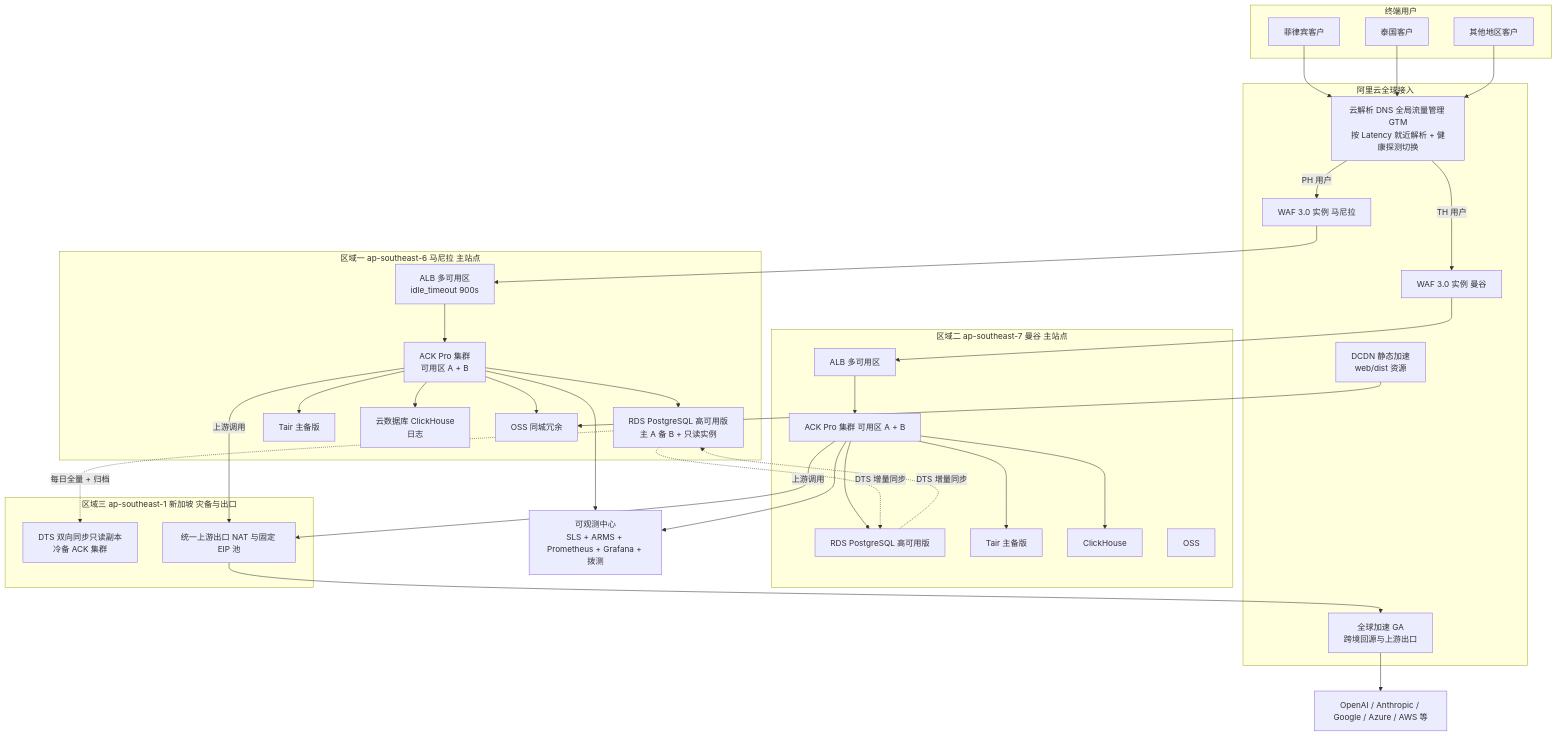
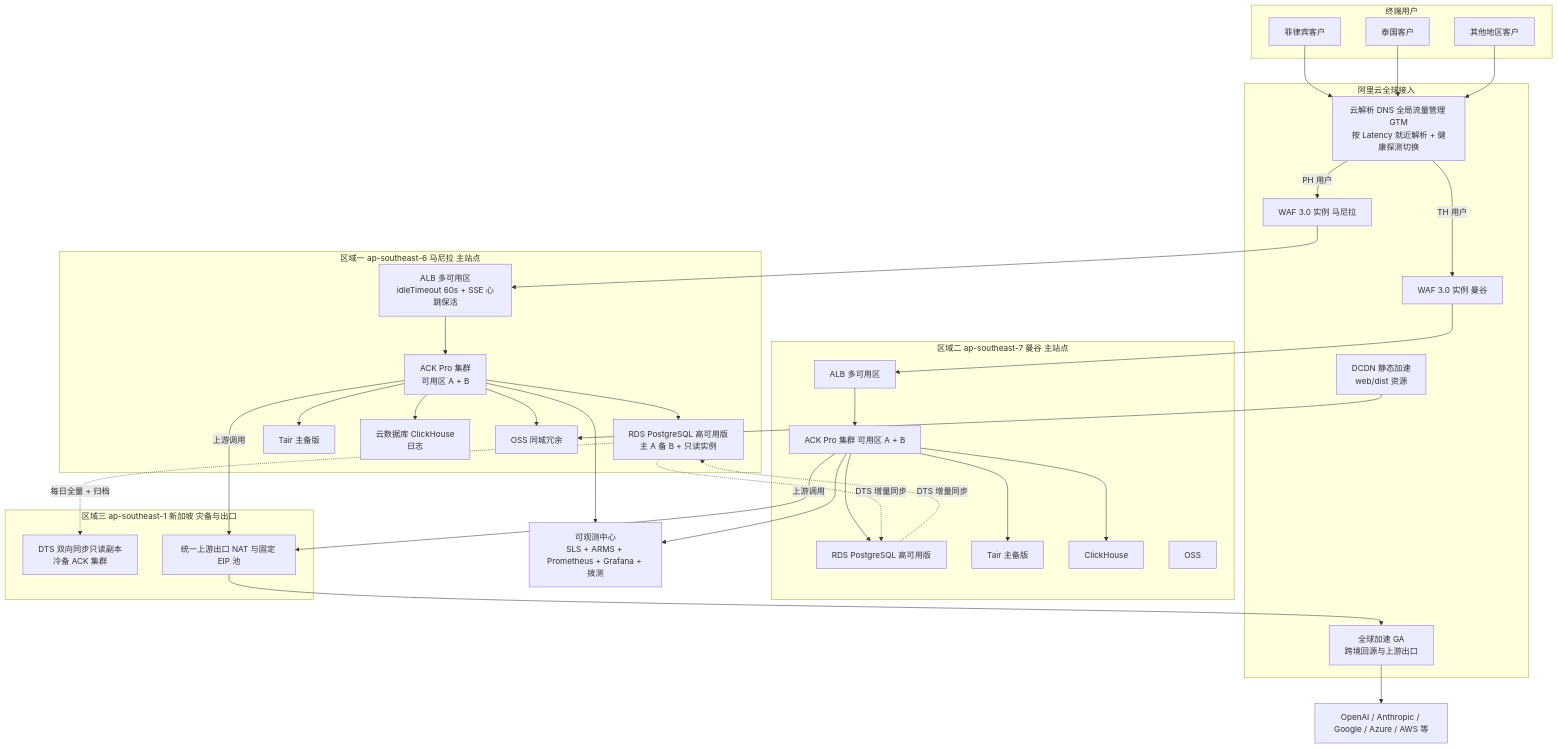
One commit to yanxuewei/new-api-yxw changed diagram 19 of 24 in impl_tech.md. Above: the diagram before and after it, drawn with Mermaid. The commit also changed other lines of this file and 1 other file, not shown here.

````diff
--- a/impl_tech.md
+++ b/impl_tech.md
@@ -1422,66 +1424,66 @@
 ```mermaid
 flowchart TB
   subgraph USERS["终端用户"]
     PH["菲律宾客户"]
     TH["泰国客户"]
     OTHER["其他地区客户"]
   end
 
   subgraph EDGE["阿里云全球接入"]
     GTM["云解析 DNS 全局流量管理 GTM<br/>按 Latency 就近解析 + 健康探测切换"]
     GA["全球加速 GA<br/>跨境回源与上游出口"]
     CDN["DCDN 静态加速<br/>web/dist 资源"]
     WAF1["WAF 3.0 实例 马尼拉"]
     WAF2["WAF 3.0 实例 曼谷"]
   end
 
   subgraph MNL["区域一 ap-southeast-6 马尼拉 主站点"]
-    ALB1["ALB 多可用区<br/>idle_timeout 900s"]
+    ALB1["ALB 多可用区<br/>idleTimeout 60s + SSE 心跳保活"]
     ACK1["ACK Pro 集群<br/>可用区 A + B"]
     RDS1["RDS PostgreSQL 高可用版<br/>主 A 备 B + 只读实例"]
     TAIR1["Tair 主备版"]
     CK1["云数据库 ClickHouse<br/>日志"]
     OSS1["OSS 同城冗余"]
   end
 
   subgraph BKKT["区域二 ap-southeast-7 曼谷 主站点"]
     ALB2["ALB 多可用区"]
     ACK2["ACK Pro 集群 可用区 A + B"]
     RDS2["RDS PostgreSQL 高可用版"]
     TAIR2["Tair 主备版"]
     CK2["ClickHouse"]
     OSS2["OSS"]
   end
 
   subgraph SG["区域三 ap-southeast-1 新加坡 灾备与出口"]
     DR["DTS 双向同步只读副本<br/>冷备 ACK 集群"]
     EGR["统一上游出口 NAT 与固定 EIP 池"]
   end
 
   MON["可观测中心<br/>SLS + ARMS + Prometheus + Grafana + 拨测"]
 
   PH --> GTM
   TH --> GTM
   OTHER --> GTM
   GTM -->|"PH 用户"| WAF1
   GTM -->|"TH 用户"| WAF2
   CDN --> OSS1
   WAF1 --> ALB1 --> ACK1
   WAF2 --> ALB2 --> ACK2
   ACK1 --> RDS1
   ACK1 --> TAIR1
   ACK1 --> CK1
   ACK1 --> OSS1
   ACK2 --> RDS2
   ACK2 --> TAIR2
   ACK2 --> CK2
   RDS1 -.->|"DTS 增量同步"| RDS2
   RDS2 -.->|"DTS 增量同步"| RDS1
   RDS1 -.->|"每日全量 + 归档"| DR
   ACK1 -->|上游调用| EGR
   ACK2 -->|上游调用| EGR
   EGR --> GA
   GA --> UPSTREAM["OpenAI / Anthropic / Google / Azure / AWS 等"]
   ACK1 --> MON
   ACK2 --> MON
 ```
````
